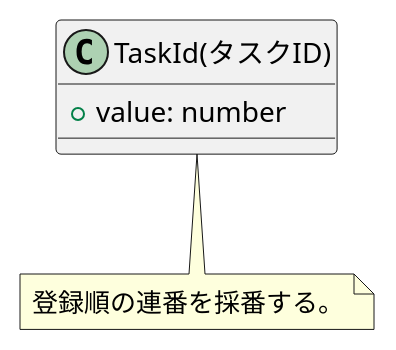
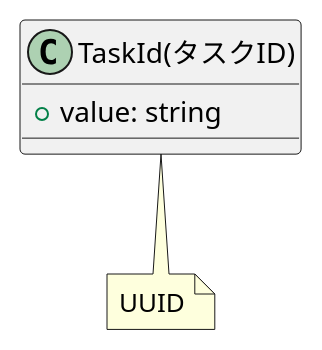
The diagram in api/src/domain/models/task/value/TaskId.pu (yoshi-d-24/goal-sync), drawn with PlantUML before and after one commit. The commit also changed 13 other files, not shown here.

```diff
--- a/api/src/domain/models/task/value/TaskId.pu
+++ b/api/src/domain/models/task/value/TaskId.pu
@@ -1,11 +1,11 @@
 @startuml TaskId
 
 class "TaskId(タスクID)" as TaskId {
-    + value: number
+    + value: string
 }
 
 note bottom of TaskId
-    登録順の連番を採番する。
+    UUID
 end note
 
 @enduml
```
